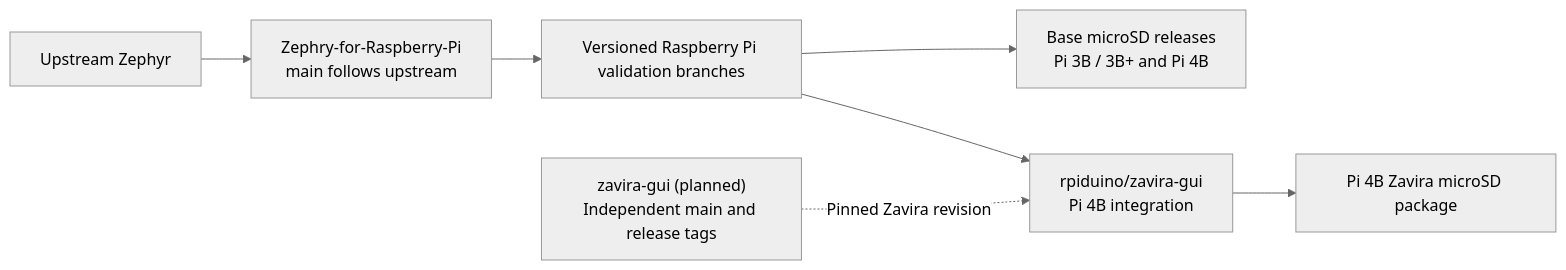
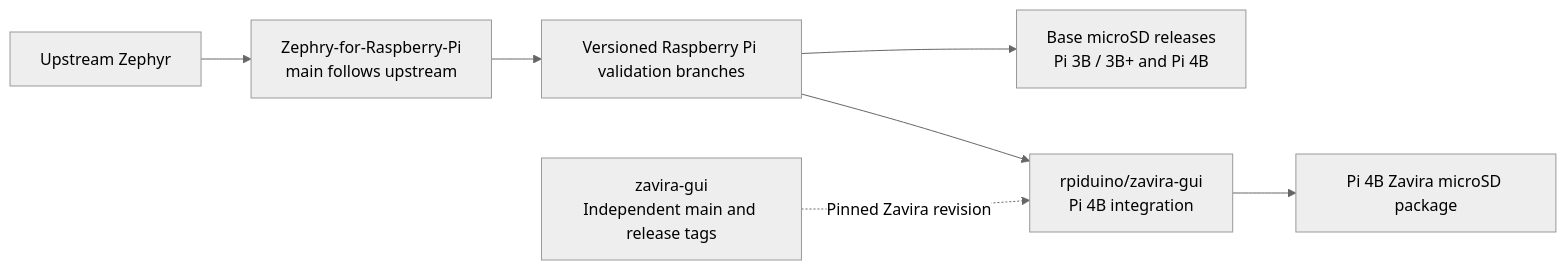
One commit to hypersolver/Zephry-for-Raspberry-Pi changed the second of 2 diagrams in docs/rpiduino/architecture.md. Above: the diagram before and after it, drawn with Mermaid (neutral theme). The commit also changed other lines of this file and 17 other files, not shown here.

Commit message:
Integrate the pinned Zavira GUI repository on Raspberry Pi 4B

````diff
--- a/docs/rpiduino/architecture.md
+++ b/docs/rpiduino/architecture.md
@@ -28,9 +28,9 @@
 ```mermaid
 flowchart LR
     U["Upstream Zephyr"] --> F["Zephry-for-Raspberry-Pi<br/>main follows upstream"]
     F --> B["Versioned Raspberry Pi validation branches"]
     B --> R["Base microSD releases<br/>Pi 3B / 3B+ and Pi 4B"]
     B --> I["rpiduino/zavira-gui<br/>Pi 4B integration"]
-    G["zavira-gui (planned)<br/>Independent main and release tags"] -.->|Pinned Zavira revision| I
+    G["zavira-gui<br/>Independent main and release tags"] -.->|Pinned Zavira revision| I
     I --> P["Pi 4B Zavira microSD package"]
 ```
````
